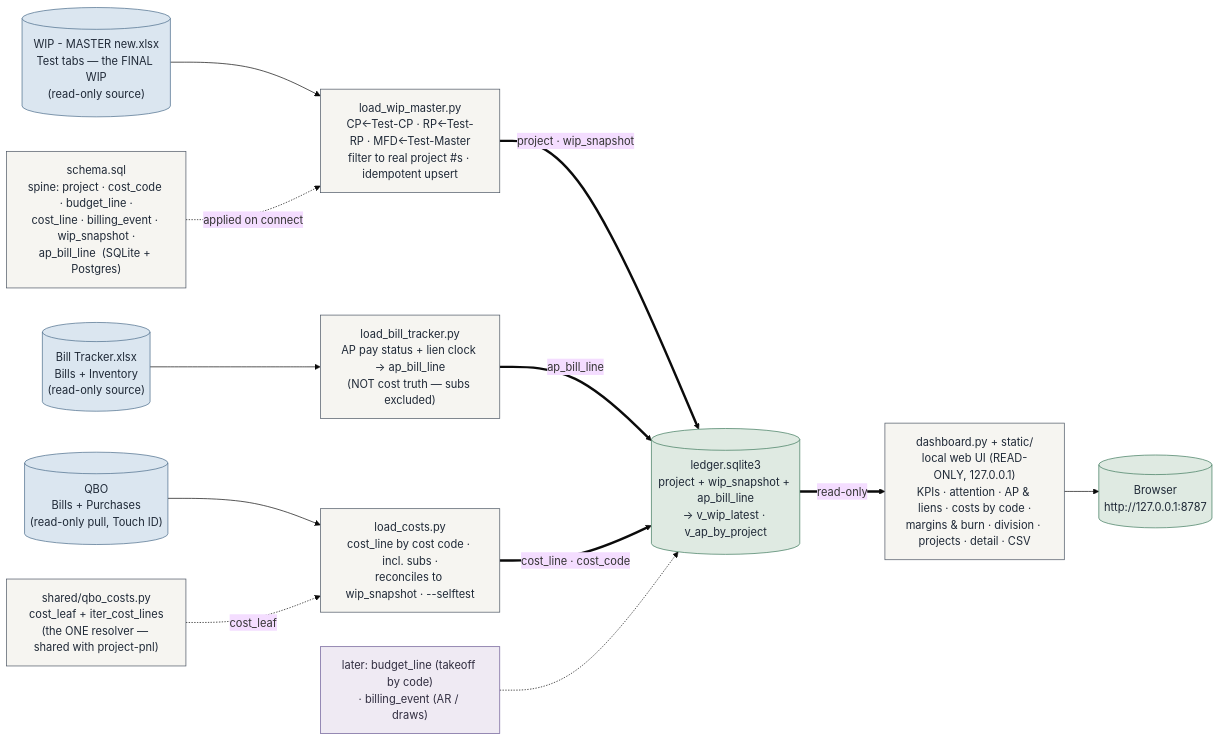
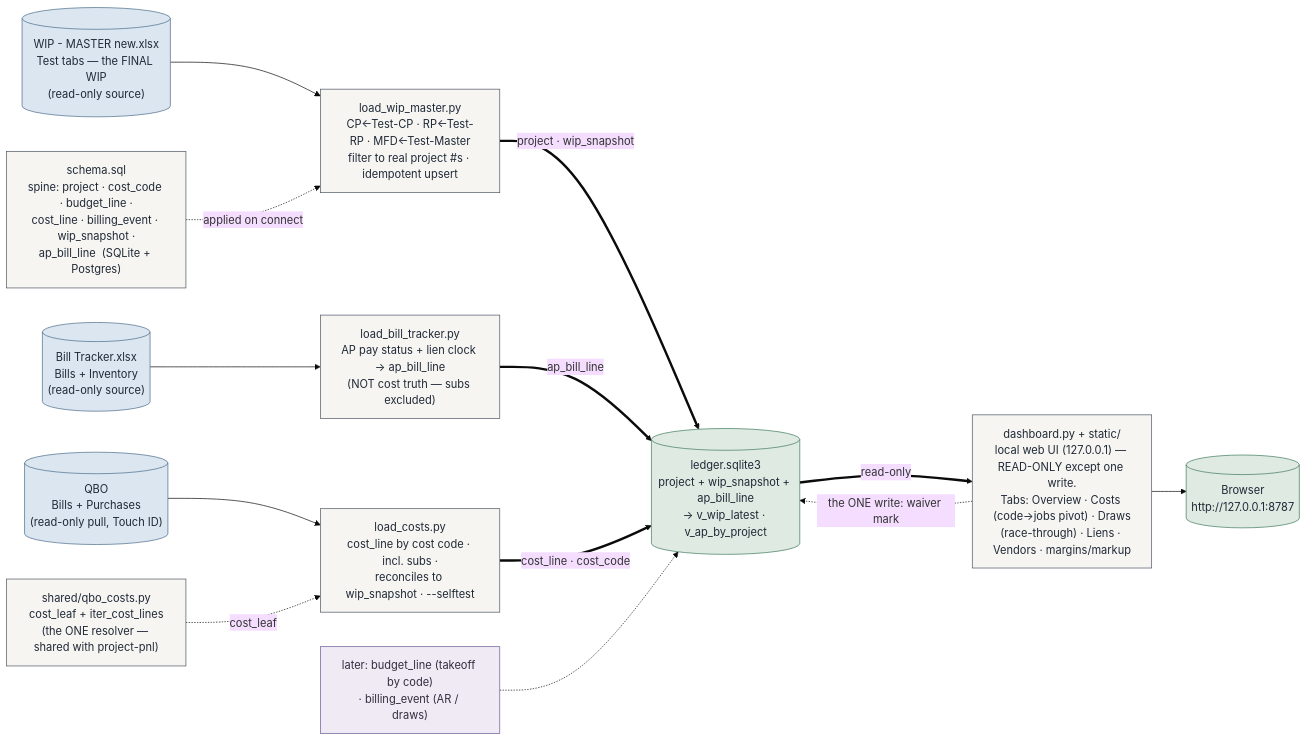
The fourth of 6 diagrams in docs/ARCHITECTURE.md (Ecarlo-Proficient/Claude-Report), drawn with Mermaid (base theme) before and after one commit. The commit also changed 7 other files, not shown here.

First line of the commit message:
ledger: Draws tab (draw race-through) + the waiver input — first write surface

````diff
--- a/docs/ARCHITECTURE.md
+++ b/docs/ARCHITECTURE.md
@@ -252,31 +252,32 @@
 ```mermaid
 flowchart LR
     classDef src fill:#dbe6f0,stroke:#4A6B8A,color:#1f2937
     classDef tool fill:#f6f5f1,stroke:#4b5563,color:#1f2937
     classDef out fill:#dfeae2,stroke:#3E7A5C,color:#1f2937
     classDef future fill:#efeaf3,stroke:#6b5b95,color:#312e40
 
     TEST[("WIP - MASTER new.xlsx\nTest tabs — the FINAL WIP\n(read-only source)")]:::src
     BT[("Bill Tracker.xlsx\nBills + Inventory\n(read-only source)")]:::src
     SCHEMA["schema.sql\nspine: project · cost_code · budget_line ·\ncost_line · billing_event · wip_snapshot ·\nap_bill_line  (SQLite + Postgres)"]:::tool
     LOADER["load_wip_master.py\nCP←Test-CP · RP←Test-RP · MFD←Test-Master\nfilter to real project #s · idempotent upsert"]:::tool
     APLOAD["load_bill_tracker.py\nAP pay status + lien clock → ap_bill_line\n(NOT cost truth — subs excluded)"]:::tool
     DB[("ledger.sqlite3\nproject + wip_snapshot + ap_bill_line\n→ v_wip_latest · v_ap_by_project")]:::out
-    DASH["dashboard.py + static/\nlocal web UI (READ-ONLY, 127.0.0.1)\nKPIs · attention · AP & liens · costs by code ·\nmargins & burn · division · projects · detail · CSV"]:::tool
+    DASH["dashboard.py + static/\nlocal web UI (127.0.0.1) — READ-ONLY except one write.\nTabs: Overview · Costs (code→jobs pivot) · Draws\n(race-through) · Liens · Vendors · margins/markup"]:::tool
     BROWSER[("Browser\nhttp://127.0.0.1:8787")]:::out
     QBO[("QBO\nBills + Purchases\n(read-only pull, Touch ID)")]:::src
     QCOSTS["shared/qbo_costs.py\ncost_leaf + iter_cost_lines\n(the ONE resolver — shared with project-pnl)"]:::tool
     COSTLOAD["load_costs.py\ncost_line by cost code · incl. subs ·\nreconciles to wip_snapshot · --selftest"]:::tool
     FUTURE["later: budget_line (takeoff by code)\n· billing_event (AR / draws)"]:::future
 
     TEST --> LOADER
     BT --> APLOAD
     QBO --> COSTLOAD
     QCOSTS -.->|"cost_leaf"| COSTLOAD
     SCHEMA -.->|"applied on connect"| LOADER
     LOADER ==>|"project · wip_snapshot"| DB
     APLOAD ==>|"ap_bill_line"| DB
     COSTLOAD ==>|"cost_line · cost_code"| DB
     DB ==>|"read-only"| DASH --> BROWSER
+    DASH -.->|"the ONE write: waiver mark"| DB
     FUTURE -.-> DB
 ```
````
